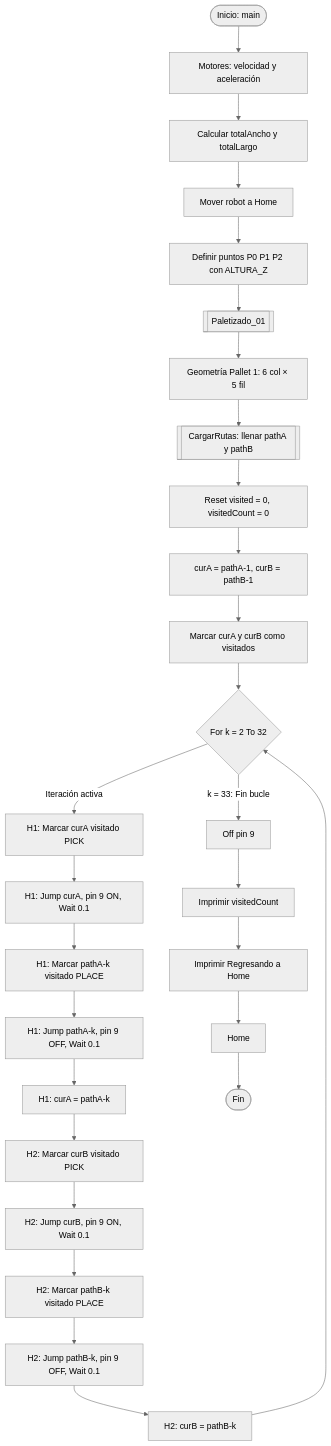
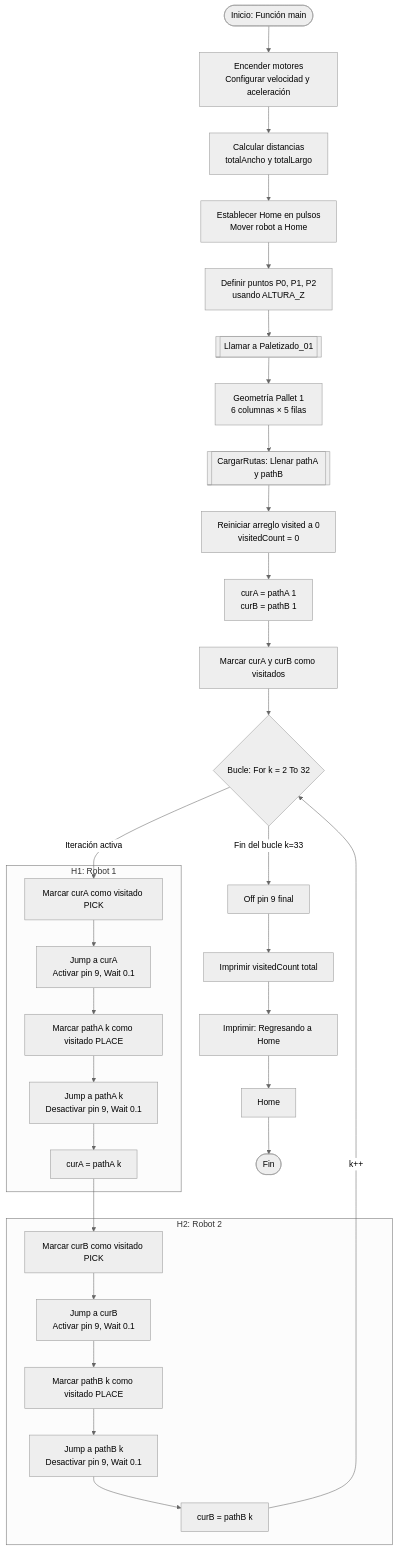
One commit to labsir-un/Robotica-2026-I-Equipo-2D-Cardenas-Pirateque-Suarez changed the diagram in Laboratorio No. 03 - Robótica Industrial EPSON T3 401S y EPSON RC+/README.MD. Above: the diagram before and after it, drawn with Mermaid (neutral theme).

Commit message:
Revise flowchart and control logic in README
Updated flowchart and control logic for egg manipulation.

````diff
--- a/Laboratorio No. 03 - Robótica Industrial EPSON T3 401S y EPSON RC+/README.MD
+++ b/Laboratorio No. 03 - Robótica Industrial EPSON T3 401S y EPSON RC+/README.MD
@@ -409,34 +408,43 @@
 ```mermaid
 graph TD
-    A([Inicio: main]) --> B[Motores: velocidad y aceleración]
-    B --> C[Calcular totalAncho y totalLargo]
-    C --> D[Mover robot a Home]
-    D --> E[Definir puntos P0 P1 P2 con ALTURA_Z]
-    E --> F[[Paletizado_01]]
-    F --> G[Geometría Pallet 1: 6 col × 5 fil]
-    G --> H[[CargarRutas: llenar pathA y pathB]]
-    H --> I[Reset visited = 0, visitedCount = 0]
-    I --> J[curA = pathA-1, curB = pathB-1]
+    A([Inicio: Función main]) --> B[Encender motores<br/>Configurar velocidad y aceleración]
+    B --> C[Calcular distancias<br/>totalAncho y totalLargo]
+    C --> D[Establecer Home en pulsos<br/>Mover robot a Home]
+    D --> E[Definir puntos P0, P1, P2<br/>usando ALTURA_Z]
+    E --> F[[Llamar a Paletizado_01]]
+
+    F --> G[Geometría Pallet 1<br/>6 columnas × 5 filas]
+    G --> H[[CargarRutas: Llenar pathA y pathB]]
+    H --> I[Reiniciar arreglo visited a 0<br/>visitedCount = 0]
+    I --> J[curA = pathA 1<br/>curB = pathB 1]
     J --> K[Marcar curA y curB como visitados]
-    K --> L{For k = 2 To 32}
+    K --> L{Bucle: For k = 2 To 32}
 
-    L -->|Iteración activa| M1[H1: Marcar curA visitado PICK]
-    M1 --> M2[H1: Jump curA, pin 9 ON, Wait 0.1]
-    M2 --> M3[H1: Marcar pathA-k visitado PLACE]
-    M3 --> M4[H1: Jump pathA-k, pin 9 OFF, Wait 0.1]
-    M4 --> M5[H1: curA = pathA-k]
+    subgraph HEAD1 ["H1: Robot 1"]
+        M1[Marcar curA como visitado PICK]
+        M2[Jump a curA<br/>Activar pin 9, Wait 0.1]
+        M3[Marcar pathA k como visitado PLACE]
+        M4[Jump a pathA k<br/>Desactivar pin 9, Wait 0.1]
+        M5[curA = pathA k]
+    end
 
-    M5 --> N1[H2: Marcar curB visitado PICK]
-    N1 --> N2[H2: Jump curB, pin 9 ON, Wait 0.1]
-    N2 --> N3[H2: Marcar pathB-k visitado PLACE]
-    N3 --> N4[H2: Jump pathB-k, pin 9 OFF, Wait 0.1]
-    N4 --> N5[H2: curB = pathB-k]
+    subgraph HEAD2 ["H2: Robot 2"]
+        N1[Marcar curB como visitado PICK]
+        N2[Jump a curB<br/>Activar pin 9, Wait 0.1]
+        N3[Marcar pathB k como visitado PLACE]
+        N4[Jump a pathB k<br/>Desactivar pin 9, Wait 0.1]
+        N5[curB = pathB k]
+    end
 
-    N5 --> L
+    L -->|Iteración activa| M1
+    M1 --> M2 --> M3 --> M4 --> M5
+    M5 --> N1
+    N1 --> N2 --> N3 --> N4 --> N5
+    N5 -->|k++| L
 
-    L -->|k = 33: Fin bucle| S[Off pin 9]
-    S --> T[Imprimir visitedCount]
-    T --> U[Imprimir Regresando a Home]
+    L -->|Fin del bucle k=33| S[Off pin 9 final]
+    S --> T[Imprimir visitedCount total]
+    T --> U[Imprimir: Regresando a Home]
     U --> V[Home]
     V --> W([Fin])
 ```
````
